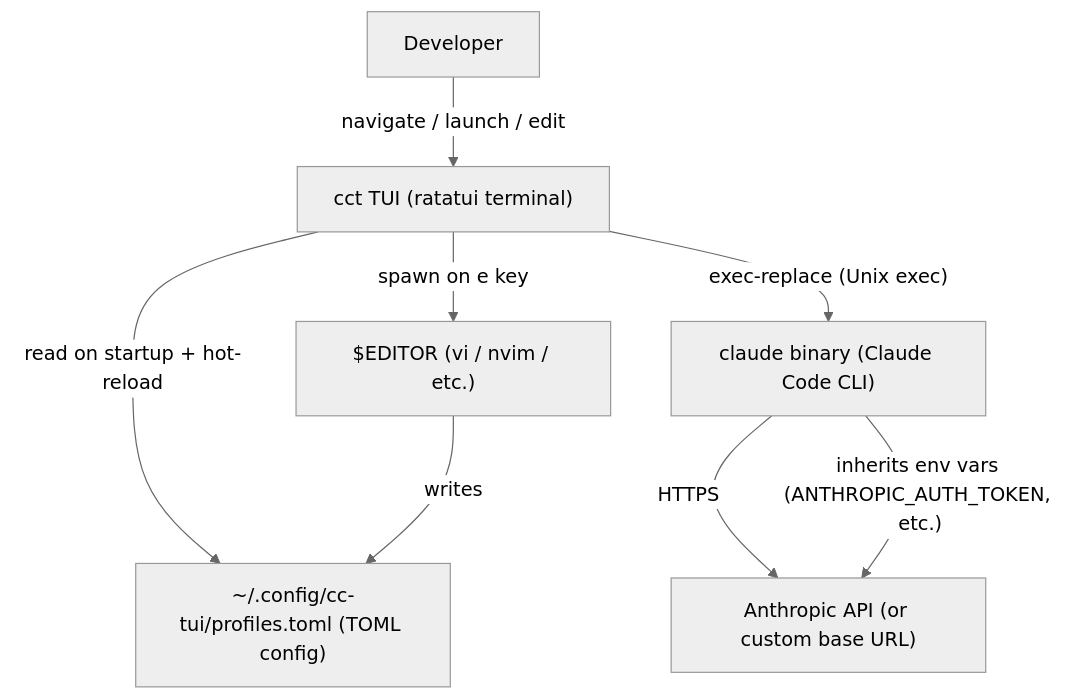
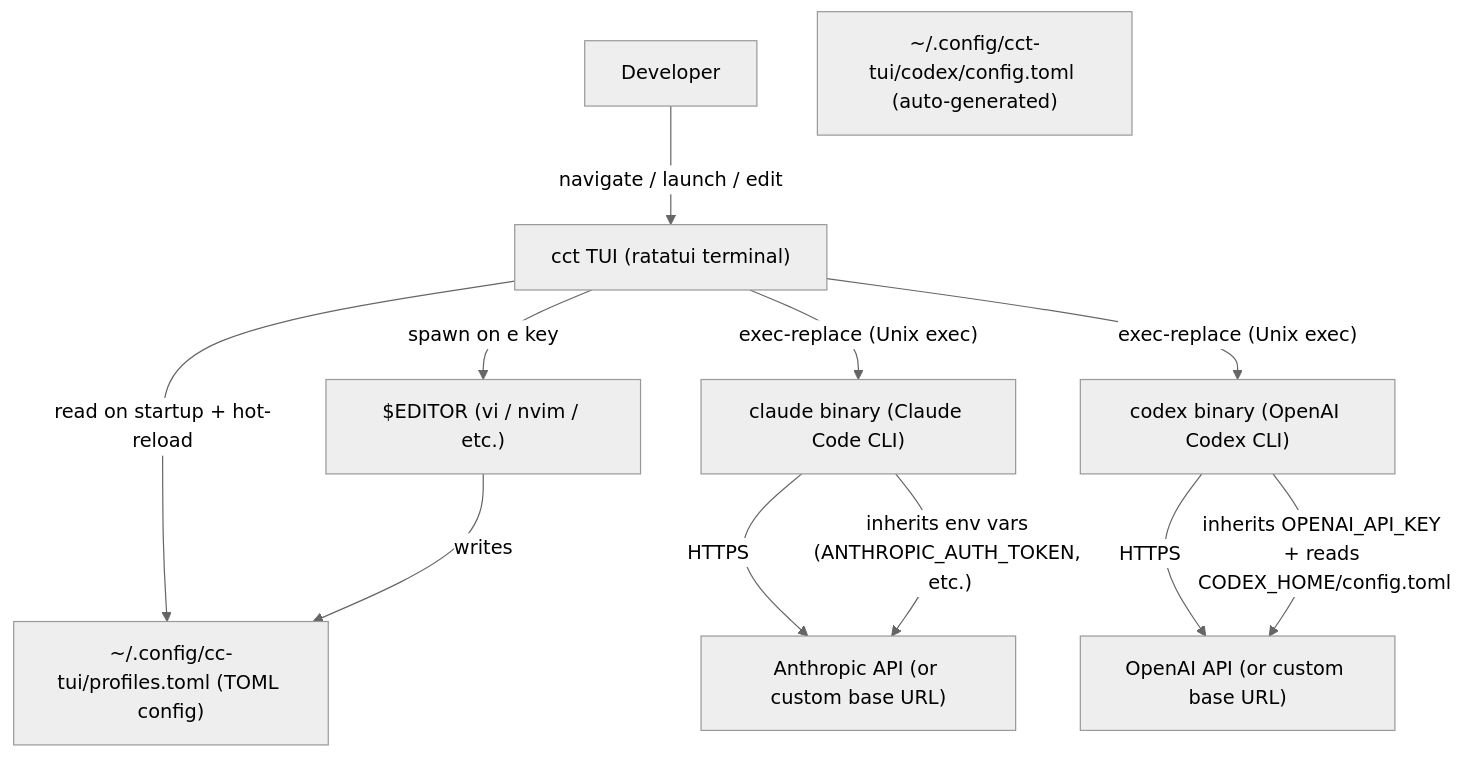
One commit to Xpectuer/cc_starter changed the diagram in ARCHITECTURE.md. Above: the diagram before and after it, drawn with Mermaid (neutral theme). The commit also changed other lines of this file and 57 other files, not shown here.

First line of the commit message:
✨ feat(codex): add OpenAI Codex backend support

````diff
--- a/ARCHITECTURE.md
+++ b/ARCHITECTURE.md
@@ -149,17 +170,23 @@
 ```mermaid
 graph TB
     User["Developer"]
     CCT["cct TUI (ratatui terminal)"]
     ProfilesFile["~/.config/cc-tui/profiles.toml (TOML config)"]
+    CodexConfig["~/.config/cct-tui/codex/config.toml (auto-generated)"]
     Claude["claude binary (Claude Code CLI)"]
+    Codex["codex binary (OpenAI Codex CLI)"]
     Editor["$EDITOR (vi / nvim / etc.)"]
     AnthropicAPI["Anthropic API (or custom base URL)"]
+    OpenAIAPI["OpenAI API (or custom base URL)"]
 
     User -->|"navigate / launch / edit"| CCT
     CCT -->|"read on startup + hot-reload"| ProfilesFile
     CCT -->|"exec-replace (Unix exec)"| Claude
+    CCT -->|"exec-replace (Unix exec)"| Codex
     CCT -->|"spawn on e key"| Editor
     Editor -->|"writes"| ProfilesFile
     Claude -->|"HTTPS"| AnthropicAPI
     Claude -->|"inherits env vars (ANTHROPIC_AUTH_TOKEN, etc.)"| AnthropicAPI
+    Codex -->|"HTTPS"| OpenAIAPI
+    Codex -->|"inherits OPENAI_API_KEY + reads CODEX_HOME/config.toml"| OpenAIAPI
 ```
````
